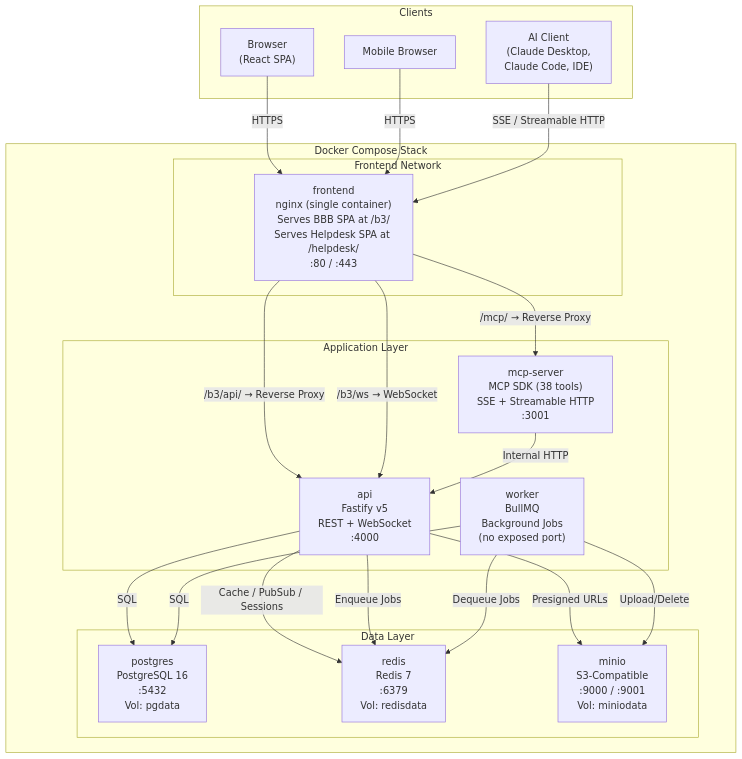
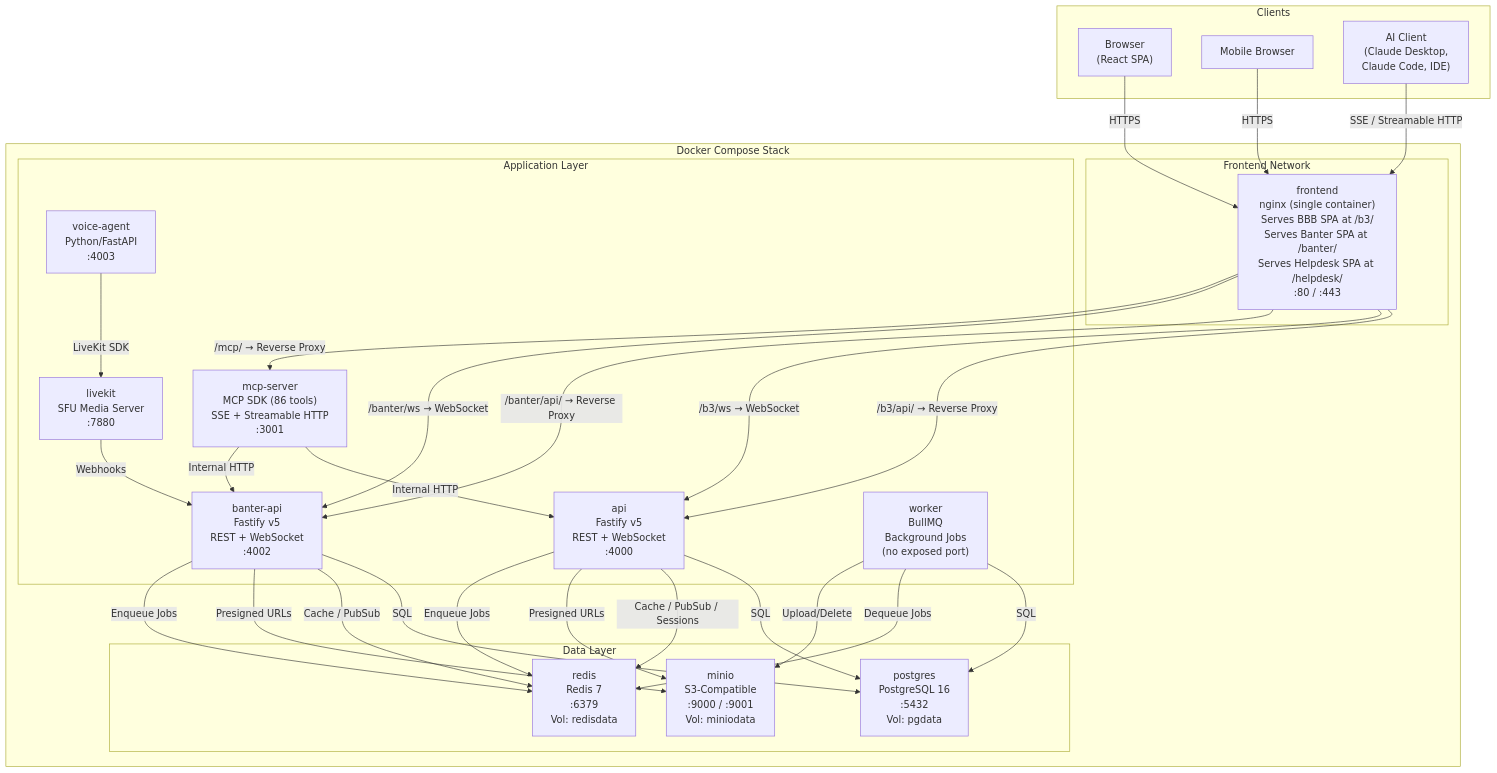
One commit to leith-bartrich/BigBlueBam changed the first of 9 diagrams in docs/architecture.md. Above: the diagram before and after it, drawn with Mermaid. The commit also changed other lines of this file and 51 other files, not shown here.

````diff
--- a/docs/architecture.md
+++ b/docs/architecture.md
@@ -9,43 +9,55 @@
 ```mermaid
 graph TB
     subgraph Clients
         Browser["Browser<br/>(React SPA)"]
         MobileWeb["Mobile Browser"]
         AIClient["AI Client<br/>(Claude Desktop,<br/>Claude Code, IDE)"]
     end
 
     subgraph "Docker Compose Stack"
         subgraph "Frontend Network"
-            Nginx["frontend<br/>nginx (single container)<br/>Serves BBB SPA at /b3/<br/>Serves Helpdesk SPA at /helpdesk/<br/>:80 / :443"]
+            Nginx["frontend<br/>nginx (single container)<br/>Serves BBB SPA at /b3/<br/>Serves Banter SPA at /banter/<br/>Serves Helpdesk SPA at /helpdesk/<br/>:80 / :443"]
         end
 
         subgraph "Application Layer"
             API["api<br/>Fastify v5<br/>REST + WebSocket<br/>:4000"]
-            MCP["mcp-server<br/>MCP SDK (38 tools)<br/>SSE + Streamable HTTP<br/>:3001"]
+            BanterAPI["banter-api<br/>Fastify v5<br/>REST + WebSocket<br/>:4002"]
+            MCP["mcp-server<br/>MCP SDK (86 tools)<br/>SSE + Streamable HTTP<br/>:3001"]
             Worker["worker<br/>BullMQ<br/>Background Jobs<br/>(no exposed port)"]
+            LiveKit["livekit<br/>SFU Media Server<br/>:7880"]
+            VoiceAgent["voice-agent<br/>Python/FastAPI<br/>:4003"]
         end
 
         subgraph "Data Layer"
             PG["postgres<br/>PostgreSQL 16<br/>:5432<br/>Vol: pgdata"]
             Redis["redis<br/>Redis 7<br/>:6379<br/>Vol: redisdata"]
             MinIO["minio<br/>S3-Compatible<br/>:9000 / :9001<br/>Vol: miniodata"]
         end
     end
 
     Browser -->|"HTTPS"| Nginx
     MobileWeb -->|"HTTPS"| Nginx
     Nginx -->|"/b3/api/ → Reverse Proxy"| API
     Nginx -->|"/b3/ws → WebSocket"| API
+    Nginx -->|"/banter/api/ → Reverse Proxy"| BanterAPI
+    Nginx -->|"/banter/ws → WebSocket"| BanterAPI
     Nginx -->|"/mcp/ → Reverse Proxy"| MCP
     AIClient -->|"SSE / Streamable HTTP"| Nginx
 
     MCP -->|"Internal HTTP"| API
+    MCP -->|"Internal HTTP"| BanterAPI
+    BanterAPI -->|"SQL"| PG
+    BanterAPI -->|"Cache / PubSub"| Redis
+    BanterAPI -->|"Presigned URLs"| MinIO
+    BanterAPI -->|"Enqueue Jobs"| Redis
+    LiveKit -->|"Webhooks"| BanterAPI
+    VoiceAgent -->|"LiveKit SDK"| LiveKit
     API -->|"SQL"| PG
     API -->|"Cache / PubSub / Sessions"| Redis
     API -->|"Presigned URLs"| MinIO
     API -->|"Enqueue Jobs"| Redis
 
     Worker -->|"SQL"| PG
     Worker -->|"Dequeue Jobs"| Redis
     Worker -->|"Upload/Delete"| MinIO
 ```
````
